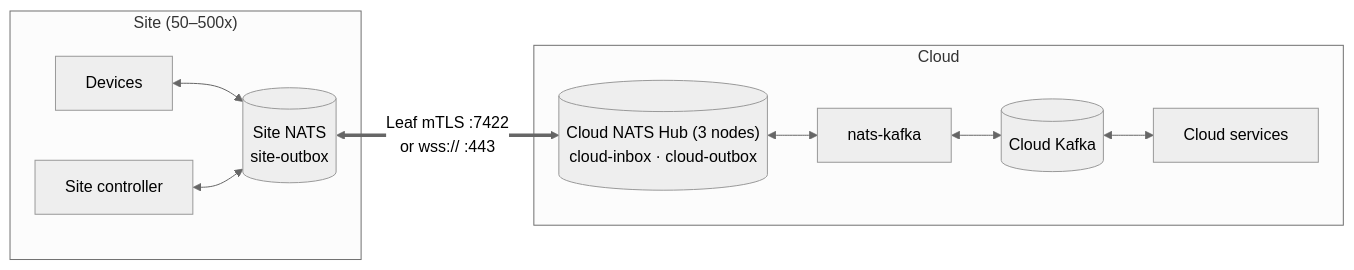
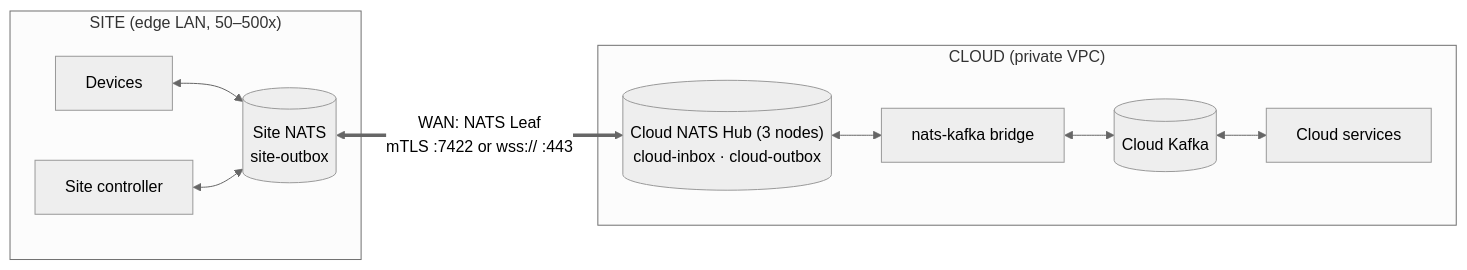
Before and after one commit to jinternals/nats-demo: the first of 2 diagrams in docs/comparison.md, drawn with Mermaid (neutral theme). The commit also changed other lines of this file and 3 other files, not shown here.

Commit message:
Make Site / WAN / Cloud boundaries explicit in all architecture diagrams

````diff
--- a/docs/comparison.md
+++ b/docs/comparison.md
@@ -20,15 +20,15 @@
 ```mermaid
 flowchart LR
-  subgraph site["Site (50–500x)"]
+  subgraph site["SITE (edge LAN, 50–500x)"]
     dev["Devices"] <--> sn[("Site NATS<br/>site-outbox")]
     ctl["Site controller"] <--> sn
   end
-  subgraph cloud["Cloud"]
+  subgraph cloud["CLOUD (private VPC)"]
     hub[("Cloud NATS Hub (3 nodes)<br/>cloud-inbox · cloud-outbox")]
-    br["nats-kafka"]
+    br["nats-kafka bridge"]
     kf[("Cloud Kafka")]
     svc["Cloud services"]
     hub <--> br <--> kf <--> svc
   end
-  sn <== "Leaf mTLS :7422<br/>or wss:// :443" ==> hub
+  sn <== "WAN: NATS Leaf<br/>mTLS :7422 or wss:// :443" ==> hub
 ```
````
